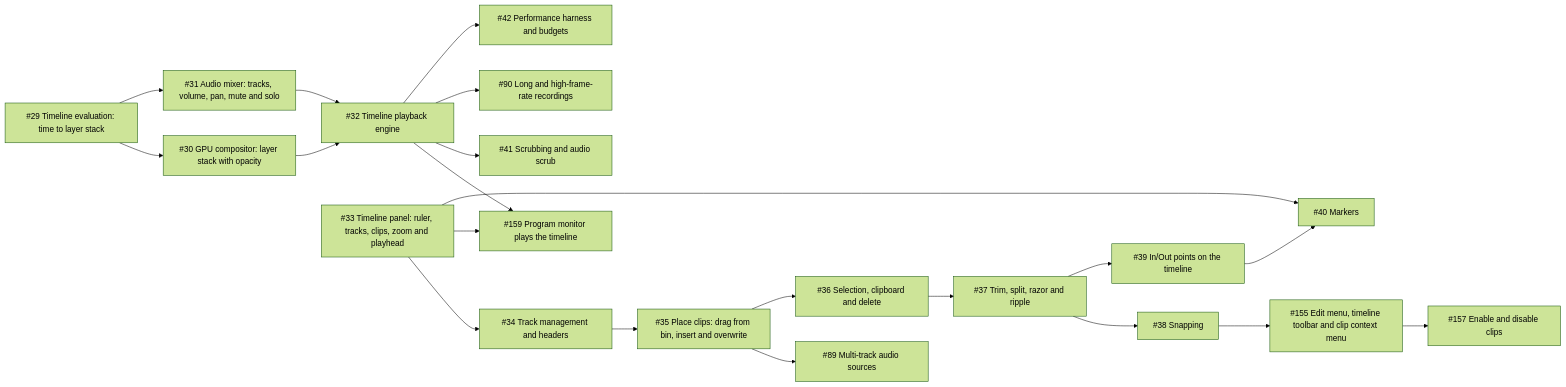
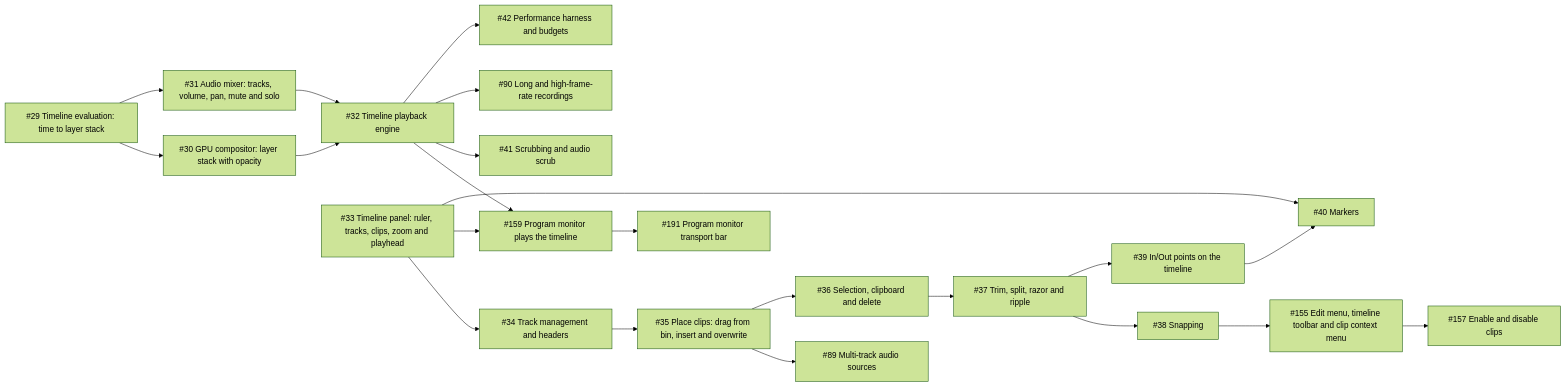
Before and after one commit to jarradbanks/jvid: the third of 7 diagrams in docs/ROADMAP.md, drawn with Mermaid (forest theme). The commit also changed other lines of this file and 2 other files, not shown here.

Commit message:
Roadmap: program monitor transport bar

````diff
--- a/docs/ROADMAP.md
+++ b/docs/ROADMAP.md
@@ -164,42 +164,44 @@
 ```mermaid
 flowchart LR
   eval["#35;29 Timeline evaluation: time to layer stack"]
   compositor["#35;30 GPU compositor: layer stack with opacity"]
   mixer["#35;31 Audio mixer: tracks, volume, pan, mute and solo"]
   playback["#35;32 Timeline playback engine"]
   timeline_widget["#35;33 Timeline panel: ruler, tracks, clips, zoom and playhead"]
   tracks["#35;34 Track management and headers"]
   place_clips["#35;35 Place clips: drag from bin, insert and overwrite"]
   multi_audio["#35;89 Multi-track audio sources"]
   select_clipboard["#35;36 Selection, clipboard and delete"]
   trim_split["#35;37 Trim, split, razor and ripple"]
   snapping["#35;38 Snapping"]
   edit_ui["#35;155 Edit menu, timeline toolbar and clip context menu"]
   clip_enable["#35;157 Enable and disable clips"]
   program_monitor["#35;159 Program monitor plays the timeline"]
+  program_transport["#35;191 Program monitor transport bar"]
   in_out["#35;39 In/Out points on the timeline"]
   markers["#35;40 Markers"]
   scrub["#35;41 Scrubbing and audio scrub"]
   long_hfr["#35;90 Long and high-frame-rate recordings"]
   perf_harness["#35;42 Performance harness and budgets"]
   eval --> compositor
   eval --> mixer
   compositor --> playback
   mixer --> playback
   timeline_widget --> tracks
   tracks --> place_clips
   place_clips --> multi_audio
   place_clips --> select_clipboard
   select_clipboard --> trim_split
   trim_split --> snapping
   snapping --> edit_ui
   edit_ui --> clip_enable
   playback --> program_monitor
   timeline_widget --> program_monitor
+  program_monitor --> program_transport
   trim_split --> in_out
   timeline_widget --> markers
   in_out --> markers
   playback --> scrub
   playback --> long_hfr
   playback --> perf_harness
 ```
````
